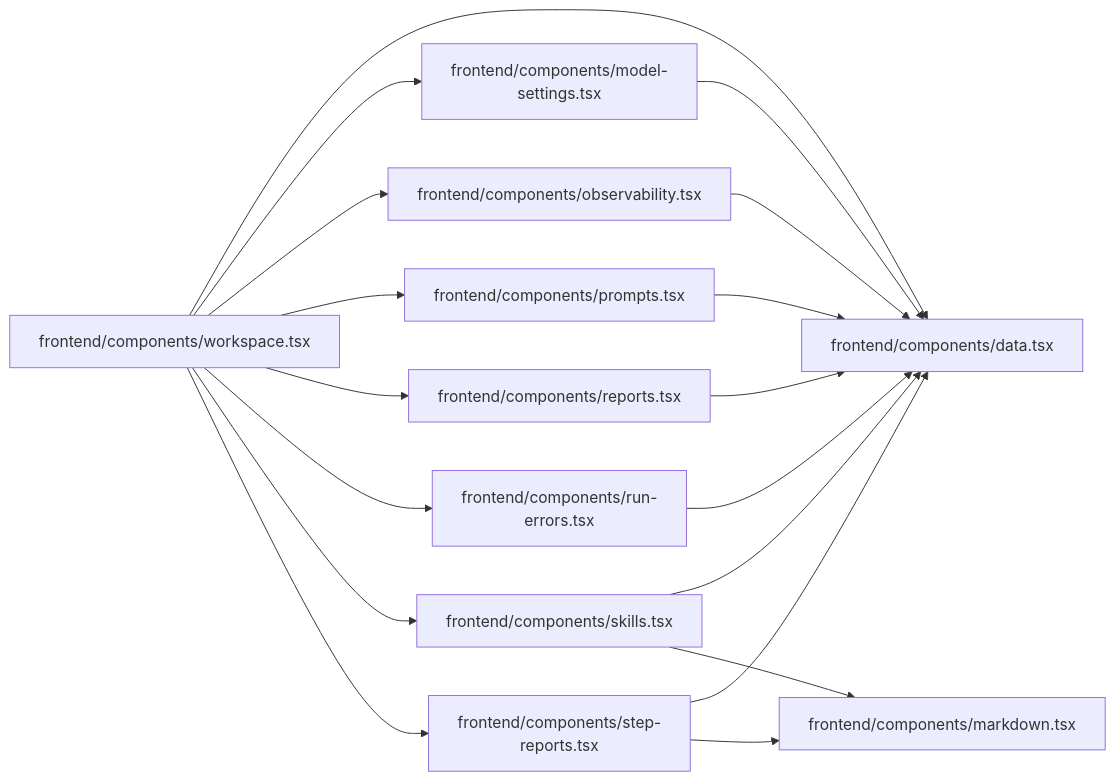
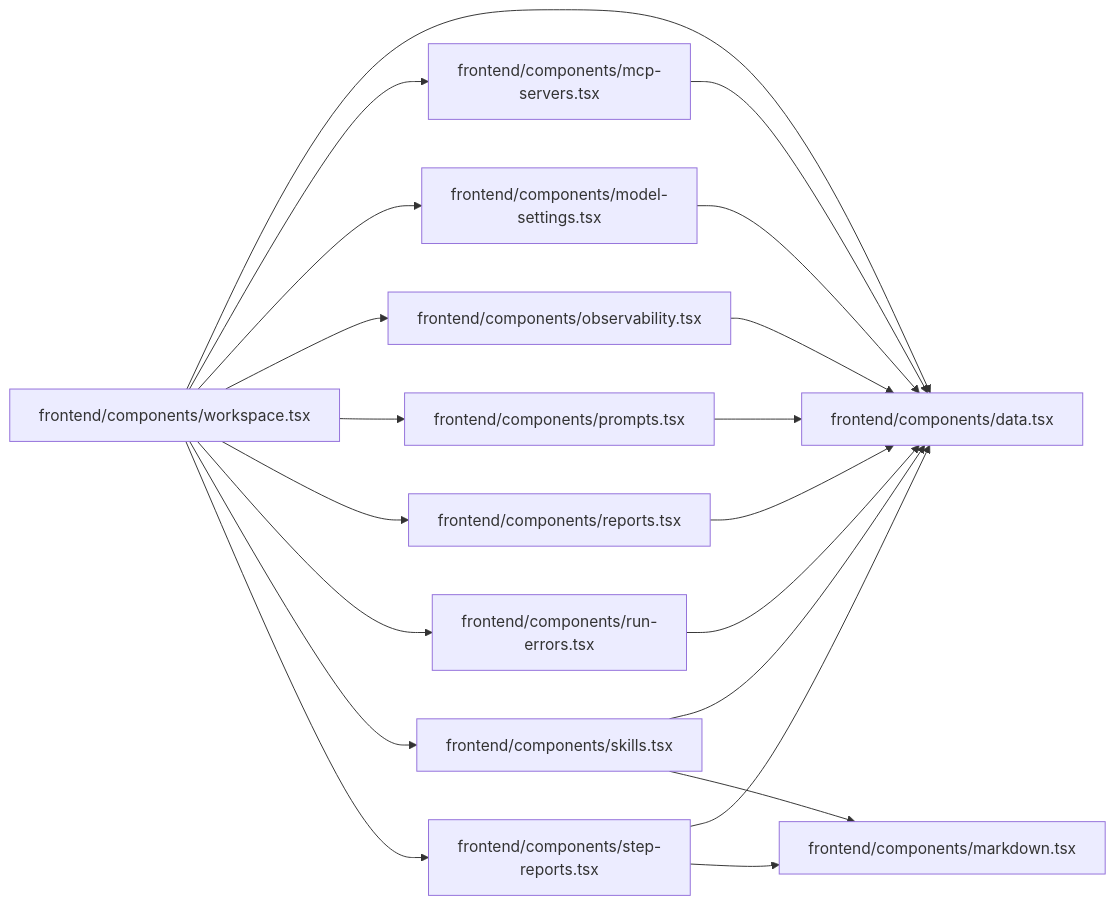
One commit to sarveshtalele/maf-harness-testing changed the eighth of 21 diagrams in docs/ARCHITECTURE_MAP.md. Above: the diagram before and after it, drawn with Mermaid. The commit also changed other lines of this file and 3 other files, not shown here.

Commit message:
feat(mcp): docs, tests, architecture map

````diff
--- a/docs/ARCHITECTURE_MAP.md
+++ b/docs/ARCHITECTURE_MAP.md
@@ -284,30 +287,33 @@
 ```mermaid
 flowchart LR
   f0["frontend/components/data.tsx"]
   f1["frontend/components/markdown.tsx"]
-  f2["frontend/components/model-settings.tsx"]
-  f3["frontend/components/observability.tsx"]
-  f4["frontend/components/prompts.tsx"]
-  f5["frontend/components/reports.tsx"]
-  f6["frontend/components/run-errors.tsx"]
-  f7["frontend/components/skills.tsx"]
-  f8["frontend/components/step-reports.tsx"]
-  f9["frontend/components/workspace.tsx"]
+  f2["frontend/components/mcp-servers.tsx"]
+  f3["frontend/components/model-settings.tsx"]
+  f4["frontend/components/observability.tsx"]
+  f5["frontend/components/prompts.tsx"]
+  f6["frontend/components/reports.tsx"]
+  f7["frontend/components/run-errors.tsx"]
+  f8["frontend/components/skills.tsx"]
+  f9["frontend/components/step-reports.tsx"]
+  f10["frontend/components/workspace.tsx"]
   f2 --> f0
   f3 --> f0
   f4 --> f0
   f5 --> f0
   f6 --> f0
   f7 --> f0
-  f7 --> f1
   f8 --> f0
   f8 --> f1
   f9 --> f0
-  f9 --> f2
-  f9 --> f3
-  f9 --> f4
-  f9 --> f5
-  f9 --> f6
-  f9 --> f7
-  f9 --> f8
+  f9 --> f1
+  f10 --> f0
+  f10 --> f2
+  f10 --> f3
+  f10 --> f4
+  f10 --> f5
+  f10 --> f6
+  f10 --> f7
+  f10 --> f8
+  f10 --> f9
 ```
````
